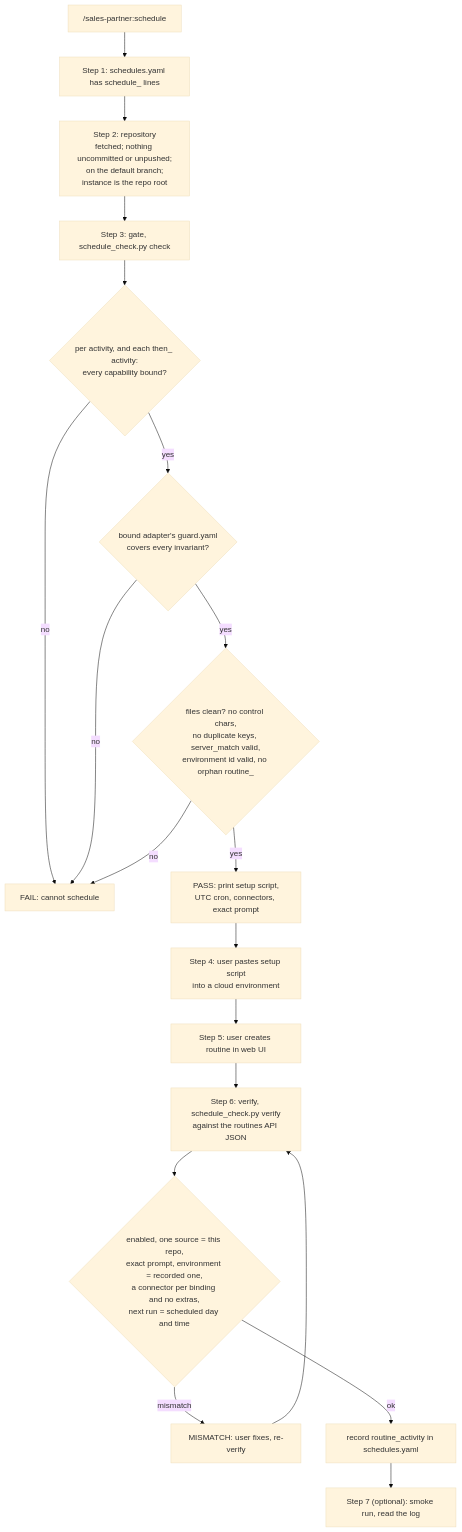
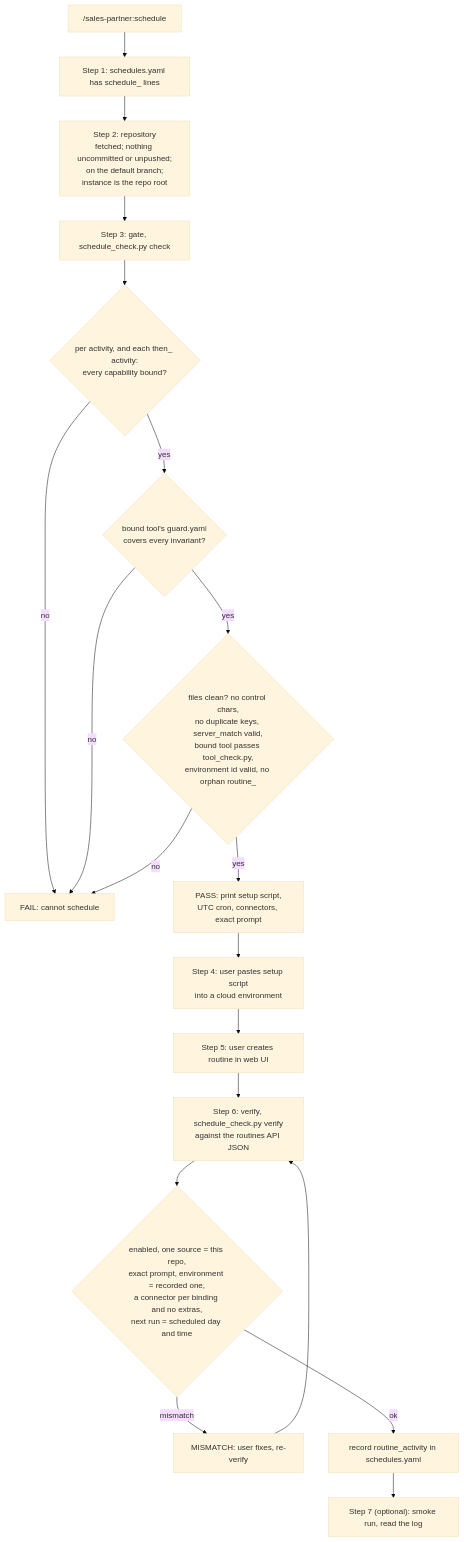
Before and after one commit to webspenser/agent-builder: the fifth of 6 diagrams in docs/how-it-works.md, drawn with Mermaid (base theme). The commit also changed other lines of this file and 10 other files, not shown here.

````diff
--- a/docs/how-it-works.md
+++ b/docs/how-it-works.md
@@ -212,21 +213,21 @@
 ```mermaid
 flowchart TD
   K["/sales-partner:schedule"] --> G1["Step 1: schedules.yaml has schedule_ lines"]
   G1 --> G2["Step 2: repository<br/>fetched; nothing uncommitted or unpushed;<br/>on the default branch;<br/>instance is the repo root"]
   G2 --> G3["Step 3: gate, schedule_check.py check"]
   G3 --> C1{"per activity, and each then_ activity:<br/>every capability bound?"}
   C1 -- no --> FAIL["FAIL: cannot schedule"]
-  C1 -- yes --> C2{"bound adapter's guard.yaml<br/>covers every invariant?"}
+  C1 -- yes --> C2{"bound tool's guard.yaml<br/>covers every invariant?"}
   C2 -- no --> FAIL
-  C2 -- yes --> C3{"files clean? no control chars,<br/>no duplicate keys, server_match valid,<br/>environment id valid, no orphan routine_"}
+  C2 -- yes --> C3{"files clean? no control chars,<br/>no duplicate keys, server_match valid,<br/>bound tool passes tool_check.py,<br/>environment id valid, no orphan routine_"}
   C3 -- no --> FAIL
   C3 -- yes --> PASS["PASS: print setup script,<br/>UTC cron, connectors, exact prompt"]
   PASS --> G4["Step 4: user pastes setup script<br/>into a cloud environment"]
   G4 --> G5["Step 5: user creates routine in web UI"]
   G5 --> G6["Step 6: verify, schedule_check.py verify<br/>against the routines API JSON"]
   G6 --> V1{"enabled, one source = this repo,<br/>exact prompt, environment = recorded one,<br/>a connector per binding and no extras,<br/>next run = scheduled day and time"}
   V1 -- mismatch --> FIX["MISMATCH: user fixes, re-verify"]
   FIX --> G6
   V1 -- ok --> REC["record routine_activity in schedules.yaml"]
   REC --> G7["Step 7 (optional): smoke run, read the log"]
 ```
````
